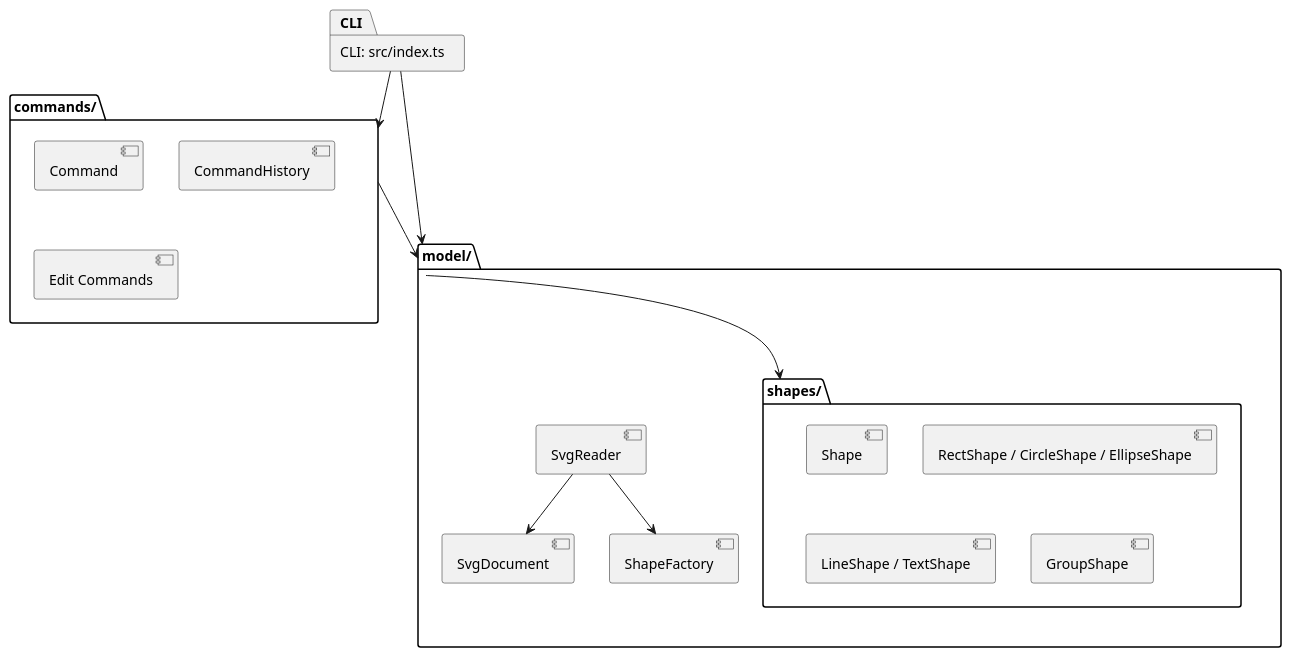
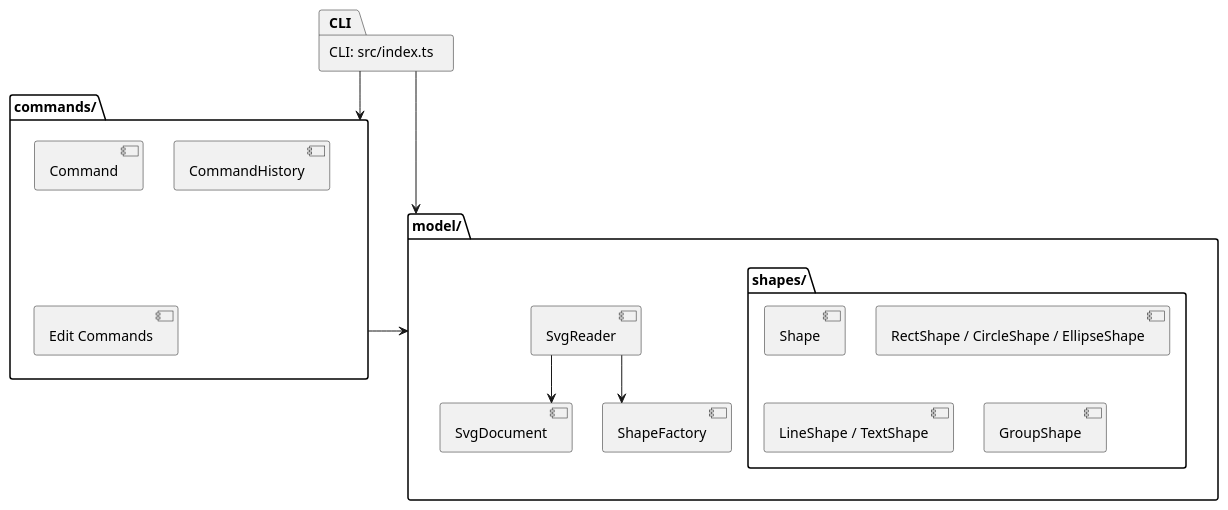
Before and after one commit to ruisean/svg-editor: the diagram in doc/README.md, drawn with PlantUML. The commit also changed other lines of this file, not shown here.

````diff
--- a/doc/README.md
+++ b/doc/README.md
@@ -15,27 +15,32 @@
 ```plantuml
 @startuml
 package "CLI: src/index.ts" as CLI
 package "commands/" as Commands {
   [Command]
   [CommandHistory]
   [Edit Commands]
 }
 package "model/" as Model {
   [SvgDocument]
   [ShapeFactory]
   [SvgReader]
   package "shapes/" as Shapes {
     [Shape]
     [RectShape / CircleShape / EllipseShape]
     [LineShape / TextShape]
     [GroupShape]
   }
 }
+
+' Use right-angle connectors to avoid long sweeping curves across the packages.
+skinparam linetype ortho
+skinparam nodesep 30
+skinparam ranksep 35
+
 CLI --> Commands
 CLI --> Model
 Commands --> Model
-Model --> Shapes
 SvgReader --> ShapeFactory
 SvgReader --> SvgDocument
 @enduml
 ```
````
